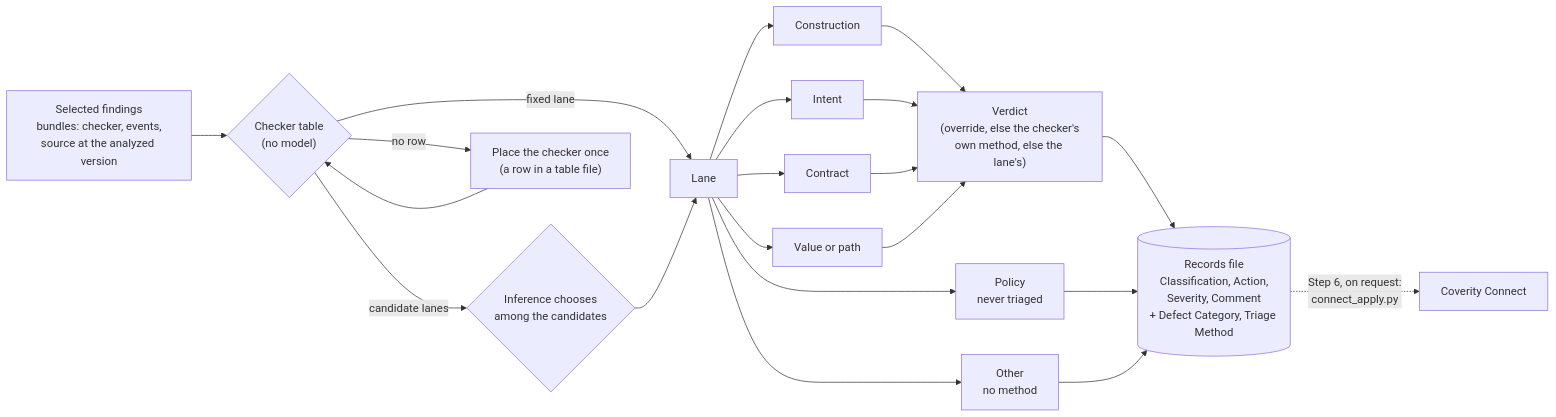
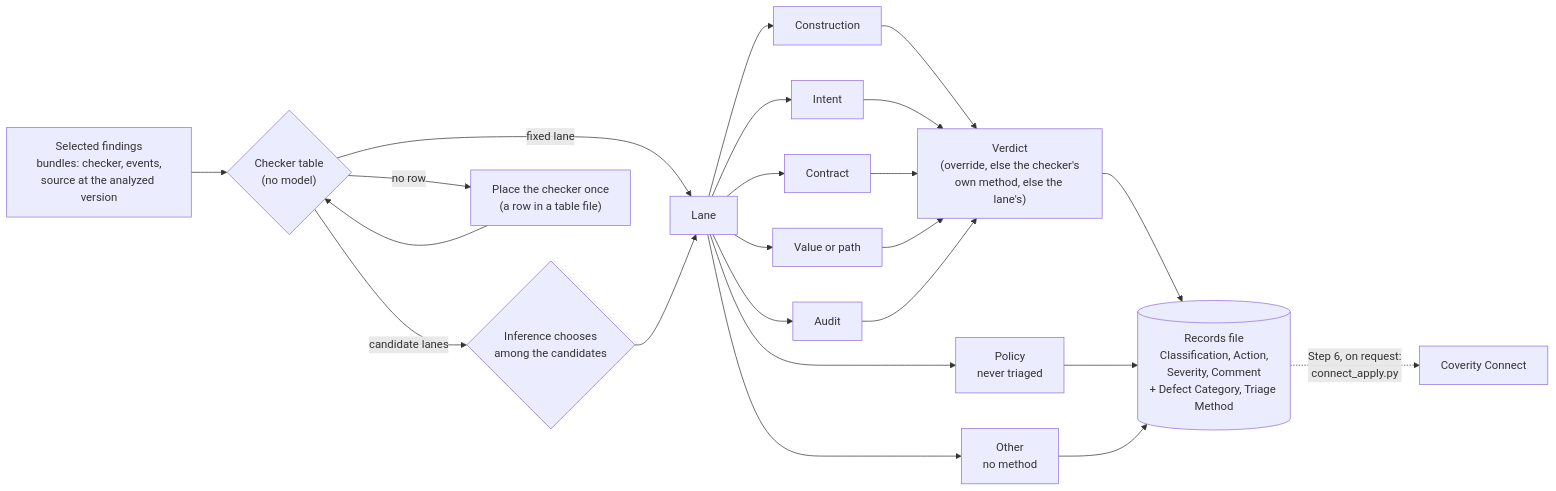
The diagram in coverity-triage/SKILL.md (edtice-goog/CoveritySkills), drawn with Mermaid before and after one commit. The commit also changed other lines of this file and 10 other files, not shown here.

First line of the commit message:
coverity-triage: an Audit lane for checkers that only ask for a review

````diff
--- a/coverity-triage/SKILL.md
+++ b/coverity-triage/SKILL.md
@@ -75,20 +79,21 @@
 ```mermaid
 flowchart LR
     IN["Selected findings<br/>bundles: checker, events,<br/>source at the analyzed version"] --> T{"Checker table<br/>(no model)"}
     T -->|"fixed lane"| L
     T -->|"candidate lanes"| A{"Inference chooses<br/>among the candidates"}
     T -->|"no row"| P["Place the checker once<br/>(a row in a table file)"]
     P --> T
     A --> L["Lane"]
     L --> M1["Construction"]
     L --> M2["Intent"]
     L --> M3["Contract"]
     L --> M4["Value or path"]
+    L --> M5["Audit"]
     L --> PO["Policy<br/>never triaged"]
     L --> O["Other<br/>no method"]
-    M1 & M2 & M3 & M4 --> V["Verdict<br/>(override, else the checker's<br/>own method, else the lane's)"]
+    M1 & M2 & M3 & M4 & M5 --> V["Verdict<br/>(override, else the checker's<br/>own method, else the lane's)"]
     V --> R[("Records file<br/>Classification, Action,<br/>Severity, Comment<br/>+ Defect Category, Triage Method")]
     PO --> R
     O --> R
     R -.->|"Step 6, on request:<br/>connect_apply.py"| C["Coverity Connect"]
 ```
````
